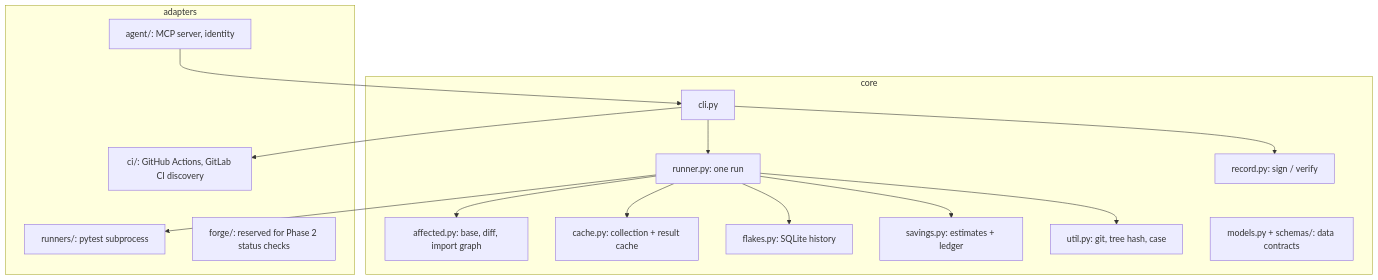
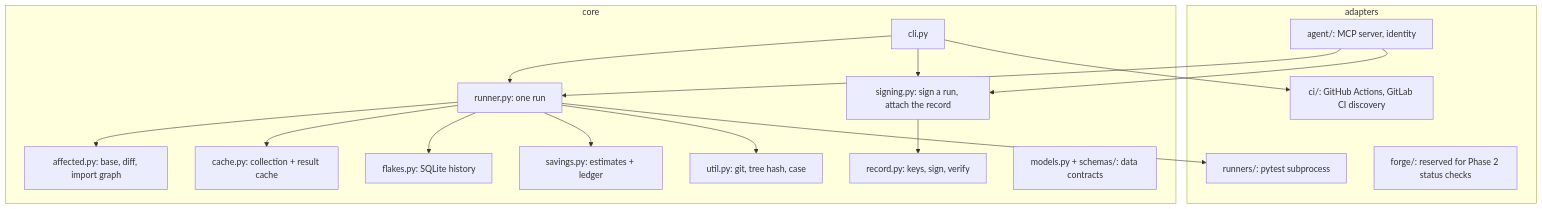
The diagram in docs/ARCHITECTURE.md (SMRFORGE/proof-ci), drawn with Mermaid before and after one commit. The commit also changed other lines of this file and 9 other files, not shown here.

````diff
--- a/docs/ARCHITECTURE.md
+++ b/docs/ARCHITECTURE.md
@@ -8,22 +8,24 @@
 ```mermaid
 flowchart TB
   subgraph adapters
     AG[agent/: MCP server, identity]
     CI[ci/: GitHub Actions, GitLab CI discovery]
     RN[runners/: pytest subprocess]
     FG[forge/: reserved for Phase 2 status checks]
   end
   subgraph core
     CLI[cli.py] --> RUNNER[runner.py: one run]
     RUNNER --> AFF[affected.py: base, diff, import graph]
     RUNNER --> CACHE[cache.py: collection + result cache]
     RUNNER --> FLK[flakes.py: SQLite history]
     RUNNER --> SAV[savings.py: estimates + ledger]
-    CLI --> REC[record.py: sign / verify]
+    CLI --> SIGN[signing.py: sign a run, attach the record]
+    SIGN --> REC[record.py: keys, sign, verify]
     RUNNER --> UTIL[util.py: git, tree hash, case]
     MODELS[models.py + schemas/: data contracts]
   end
-  AG --> CLI
+  AG --> RUNNER
+  AG --> SIGN
   RUNNER --> RN
   CLI --> CI
 ```
````
